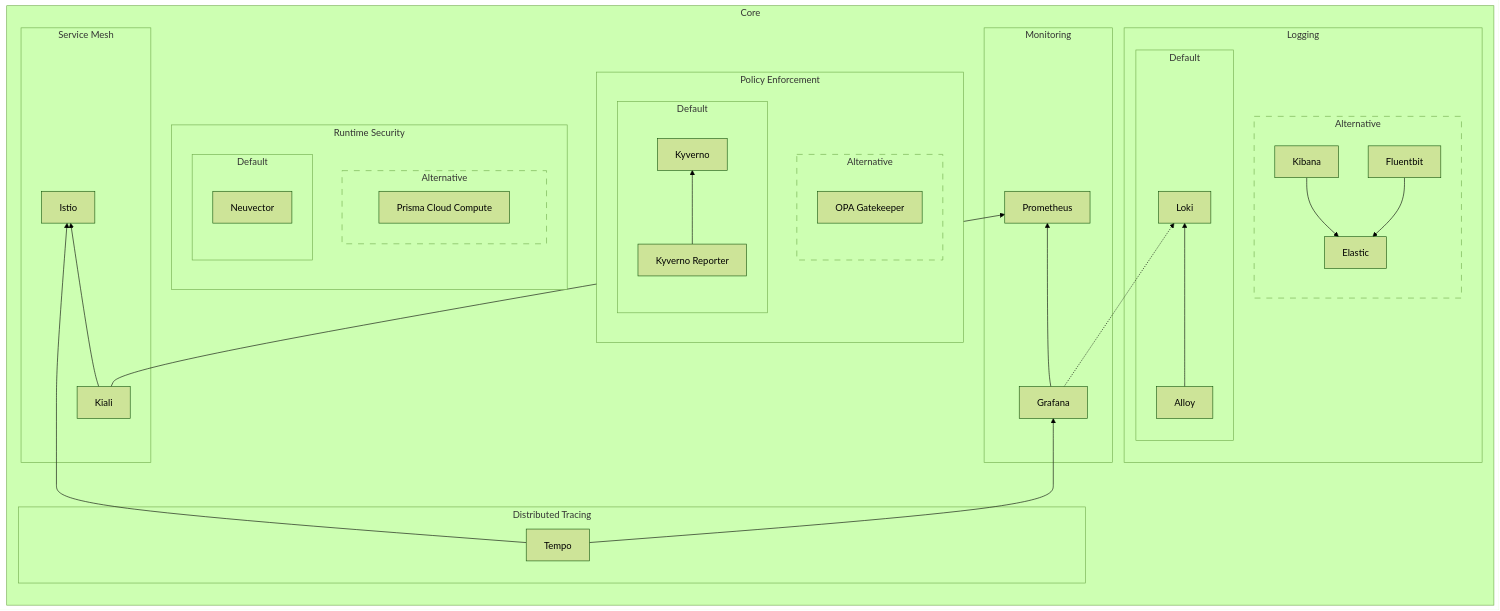
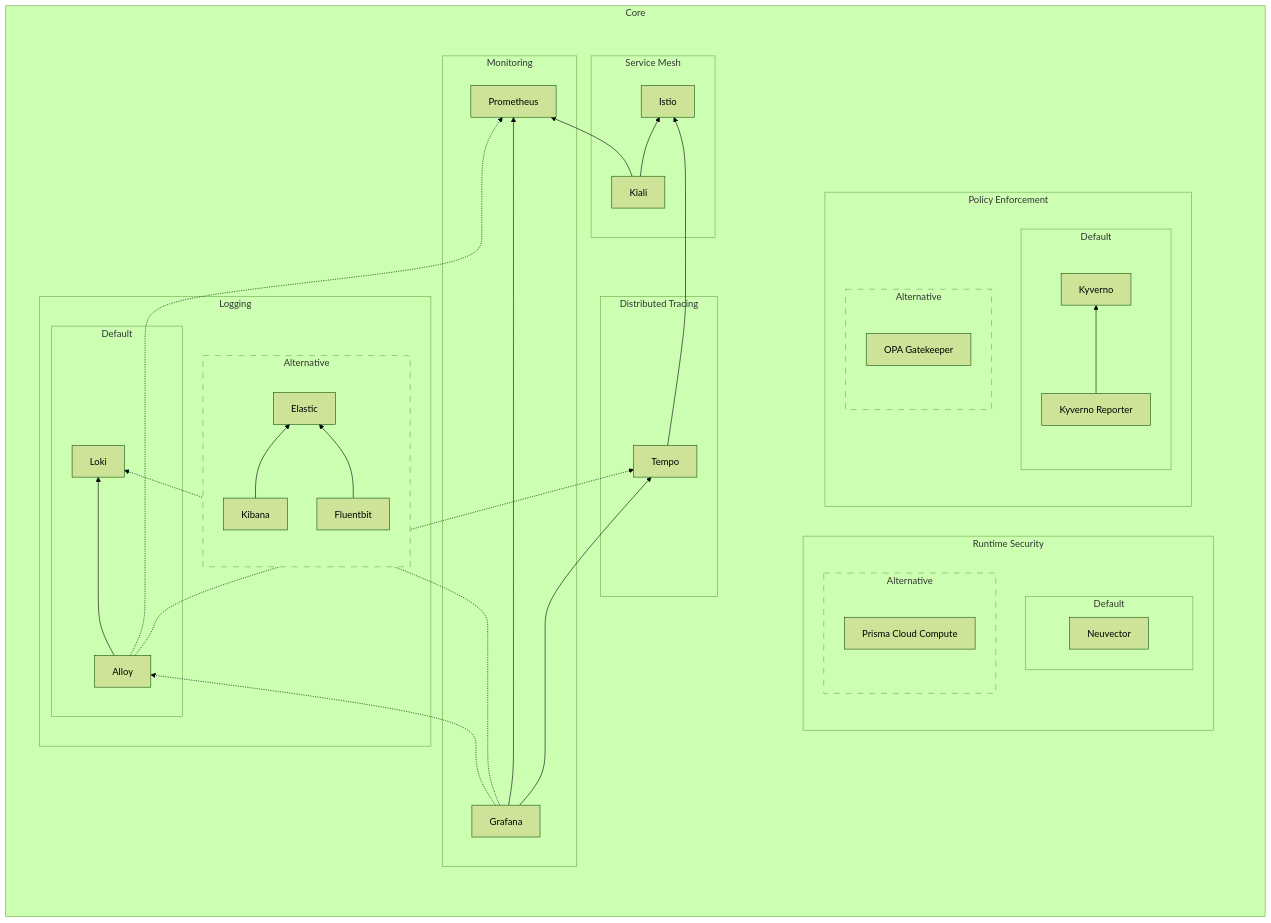
The first of 2 diagrams in docs/understanding-bigbang/package-architecture/README.md (DoD-Platform-One/bigbang), drawn with Mermaid (forest theme) before and after one commit. The commit also changed other lines of this file, not shown here.

Commit message:
Package architecture update

````diff
--- a/docs/understanding-bigbang/package-architecture/README.md
+++ b/docs/understanding-bigbang/package-architecture/README.md
@@ -15,52 +15,95 @@
 ```mermaid
 flowchart LR
   subgraph Core
-    direction BT
+  direction LR
 
-    subgraph L[Logging]
-      subgraph ALG[Default]
-        Alloy[Alloy] --> Loki[Loki]
+    subgraph Group2
+      style Group2 fill:transparent,stroke:transparent,color:transparent
+      direction LR
+
+      subgraph RS[Runtime Security]
+        subgraph NV[Default]
+          Neuvector[Neuvector]
+        end
+        subgraph CC[Alternative]
+          style CC stroke-dasharray: 10 10
+          Twistlock[Prisma Cloud Compute]
+        end
       end
-      subgraph EFK[Alternative]
-        style EFK stroke-dasharray: 10 10
-        Kibana & Fluentbit --> Elastic
+
+      subgraph PE[Policy Enforcement]
+        subgraph KyvernoStack[Default]
+        direction BT
+          KyvernoReporter[Kyverno Reporter]
+          Kyverno[Kyverno]
+        end
+        subgraph CA[Alternative]
+          style CA stroke-dasharray: 10 10
+          OPA[OPA Gatekeeper]
+        end
       end
+
+      %% PE Dependencies
+      KyvernoReporter --> Kyverno
+
     end
 
-    subgraph M[Monitoring]
+    subgraph Group1
+      style Group1 fill:transparent,stroke:transparent,color:transparent
+      direction BT
+
+      subgraph SM[Service Mesh]
+        Kiali[Kiali]
+        Istio[Istio]
+      end
+
+      subgraph DT[Distributed Tracing]
+        Tempo[Tempo]
+      end
+
+      subgraph L[Logging]
+        subgraph ALG[Default]
+          Alloy[Alloy]
+          Loki[Loki]
+        end
+        subgraph EFK[Alternative]
+          style EFK stroke-dasharray: 10 10
+          direction BT
+          Kibana[Kibana]
+          Fluentbit[Fluentbit]
+          Elastic[Elastic]
+        end
+      end
+
+      subgraph M[Monitoring]
+        Grafana[Grafana]
+        Prometheus[Prometheus]
+      end
+
+      %% Forces DT subgraph under SM subgraph
+      DT ~~~ SM
+
+
+      %% SM Dependencies
+      Kiali --> Istio
+      Kiali --> Prometheus
+      Tempo --> Istio
+
+      %% ALG Dependencies
+      Alloy -.-> Prometheus
+      Alloy --> Loki
+      Alloy -.-> Tempo
+
       Grafana --> Prometheus
       Grafana -.-> Loki
+      Grafana --> Tempo
+      Grafana -.-> Alloy
+
+      %% EFK Dependencies
+      Kibana --> Elastic
+      Fluentbit --> Elastic
+
     end
-
-    subgraph PE[Policy Enforcement]
-      subgraph CA[Alternative]
-      style CA stroke-dasharray: 10 10
-      direction BT
-        OPA[OPA Gatekeeper]
-      end
-      subgraph KyvernoStack[Default]
-      direction BT
-        KyvernoReporter[Kyverno Reporter] --> Kyverno[Kyverno]
-      end
-    end
-
-    subgraph RS[Runtime Security]
-      subgraph CC[Alternative]
-        style CC stroke-dasharray: 10 10
-        Twistlock[Prisma Cloud Compute]
-      end
-      subgraph TL[Default]
-        Neuvector[Neuvector]
-      end
-    end
-
-    subgraph DT[Distributed Tracing]
-      Tempo[Tempo] --> Grafana
-    end
-
-    subgraph SM[Service Mesh]
-      Tempo --> Istio
-      Kiali --> Istio & Prometheus
-    end
+      Group1 ~~~ Group2
   end
 ```
````
